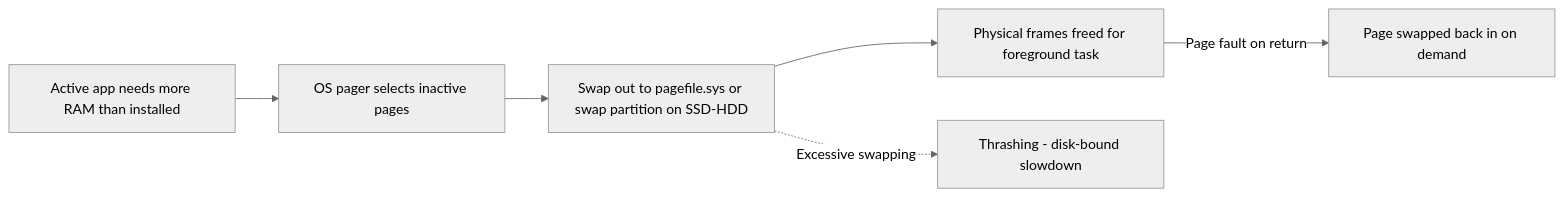
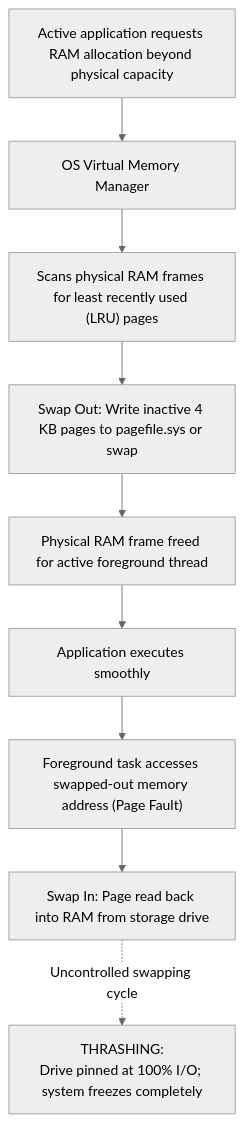
Before and after one commit to 1345AbhishekKumar/cs-cookbook: the second of 3 diagrams in content/docs/computer-basics/it-support/08-memory-hierarchy-ram-rom.mdx, drawn with Mermaid (neutral theme). The commit also changed other lines of this file and 299 other files, not shown here.

````diff
--- a/content/docs/computer-basics/it-support/08-memory-hierarchy-ram-rom.mdx
+++ b/content/docs/computer-basics/it-support/08-memory-hierarchy-ram-rom.mdx
@@ -99,8 +143,12 @@
 ```mermaid
-flowchart LR
-  APP["Active app needs more RAM than installed"] --> OS["OS pager selects inactive pages"]
-  OS --> SWAP["Swap out to pagefile.sys or swap partition on SSD-HDD"]
-  SWAP --> FREE["Physical frames freed for foreground task"]
-  FREE -->|Page fault on return| BACK["Page swapped back in on demand"]
-  SWAP -.->|Excessive swapping| THRASH["Thrashing - disk-bound slowdown"]
+flowchart TD
+  APP["Active application requests RAM allocation beyond physical capacity"] --> VMM["OS Virtual Memory Manager"]
+  VMM --> SCAN["Scans physical RAM frames for least recently used (LRU) pages"]
+  SCAN --> SWAPOUT["Swap Out: Write inactive 4 KB pages to pagefile.sys or swap"]
+  SWAPOUT --> FREE["Physical RAM frame freed for active foreground thread"]
+  FREE --> USER["Application executes smoothly"]
+
+  USER --> FAULT["Foreground task accesses swapped-out memory address (Page Fault)"]
+  FAULT --> SWAPIN["Swap In: Page read back into RAM from storage drive"]
+  SWAPIN -.->|Uncontrolled swapping cycle| THRASH["THRASHING:<br/>Drive pinned at 100% I/O; system freezes completely"]
 ```
````
